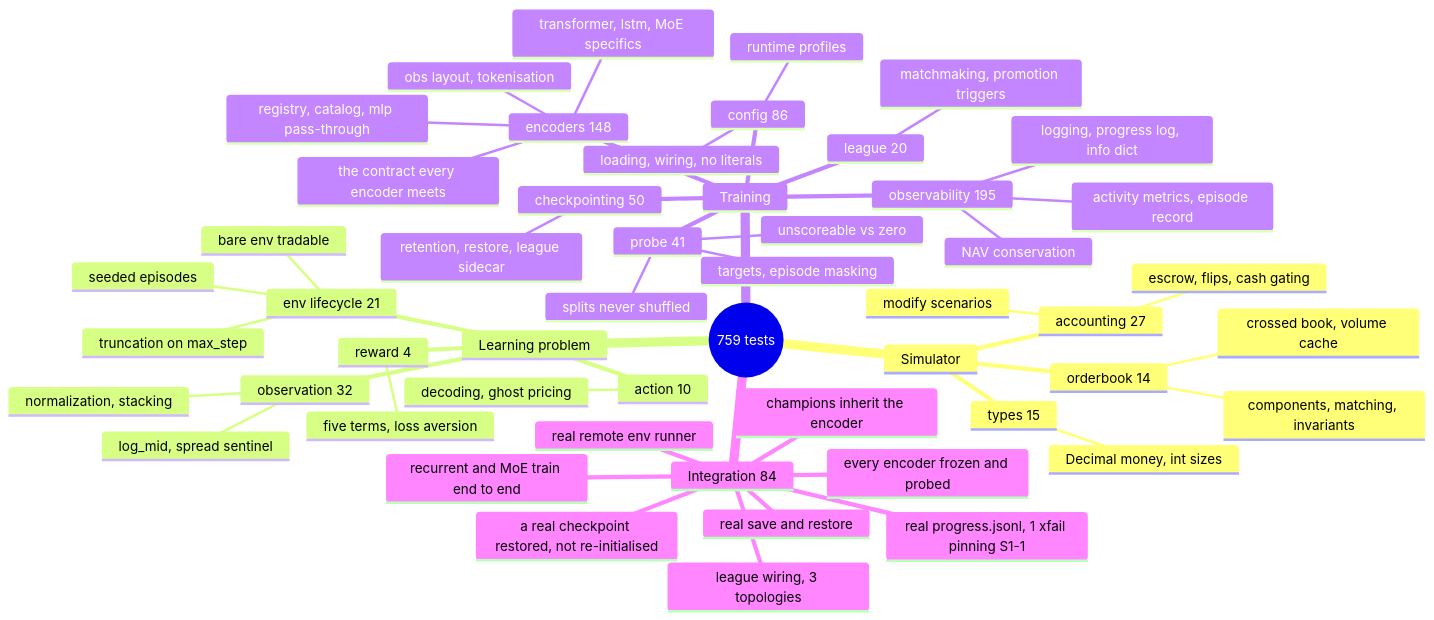
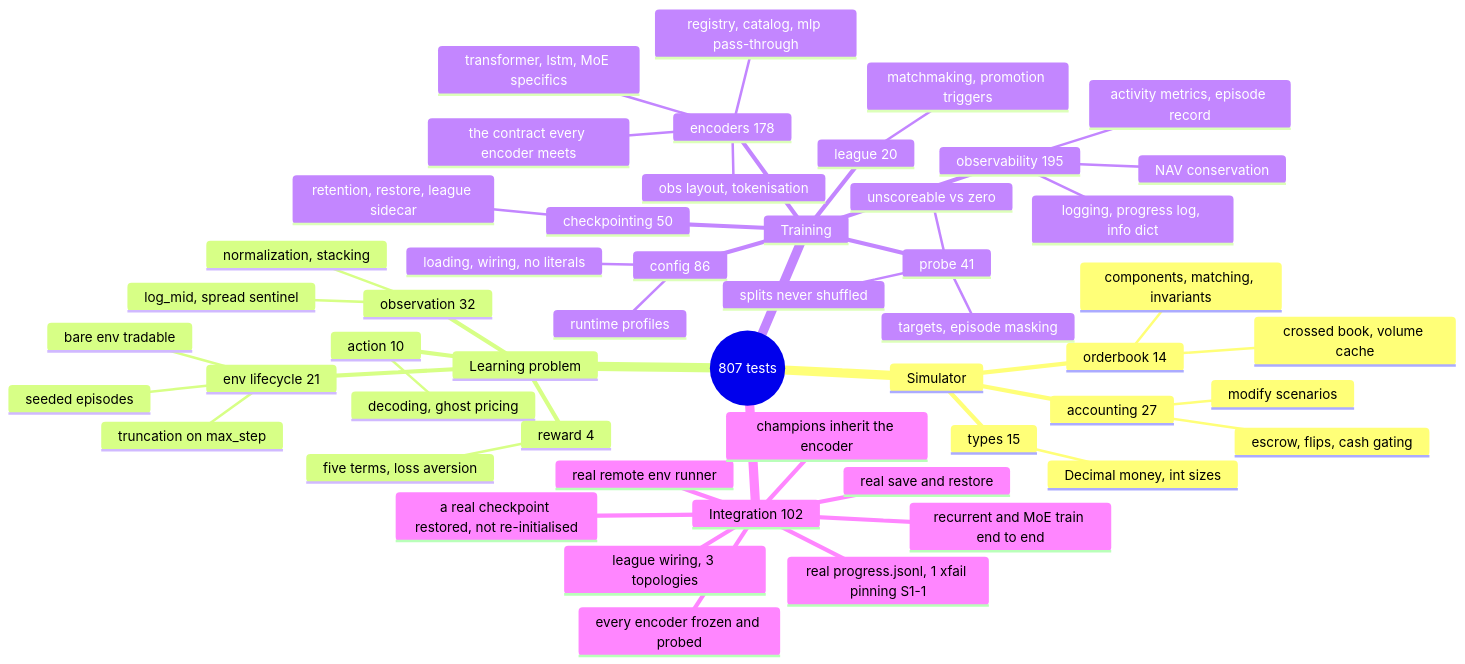
Before and after one commit to ChuaCheowHuan/gym-continuousDoubleAuction: the diagram in doc/10_testing.md, drawn with Mermaid. The commit also changed other lines of this file and 14 other files, not shown here.

````diff
--- a/doc/10_testing.md
+++ b/doc/10_testing.md
@@ -109,55 +109,55 @@
 ```mermaid
 mindmap
-  root((759 tests))
+  root((807 tests))
     Simulator
       orderbook 14
         components, matching, invariants
         crossed book, volume cache
       accounting 27
         escrow, flips, cash gating
         modify scenarios
       types 15
         Decimal money, int sizes
     Learning problem
       observation 32
         normalization, stacking
         log_mid, spread sentinel
       action 10
         decoding, ghost pricing
       reward 4
         five terms, loss aversion
       env lifecycle 21
         bare env tradable
         truncation on max_step
         seeded episodes
     Training
       config 86
         loading, wiring, no literals
         runtime profiles
       checkpointing 50
         retention, restore, league sidecar
       league 20
         matchmaking, promotion triggers
-      encoders 148
+      encoders 178
         registry, catalog, mlp pass-through
         obs layout, tokenisation
         the contract every encoder meets
         transformer, lstm, MoE specifics
       observability 195
         logging, progress log, info dict
         activity metrics, episode record
         NAV conservation
       probe 41
         targets, episode masking
         splits never shuffled
         unscoreable vs zero
-    Integration 84
+    Integration 102
       league wiring, 3 topologies
       real save and restore
       real progress.jsonl, 1 xfail pinning S1-1
       real remote env runner
       champions inherit the encoder
       recurrent and MoE train end to end
       every encoder frozen and probed
       a real checkpoint restored, not re-initialised
 ```
````
